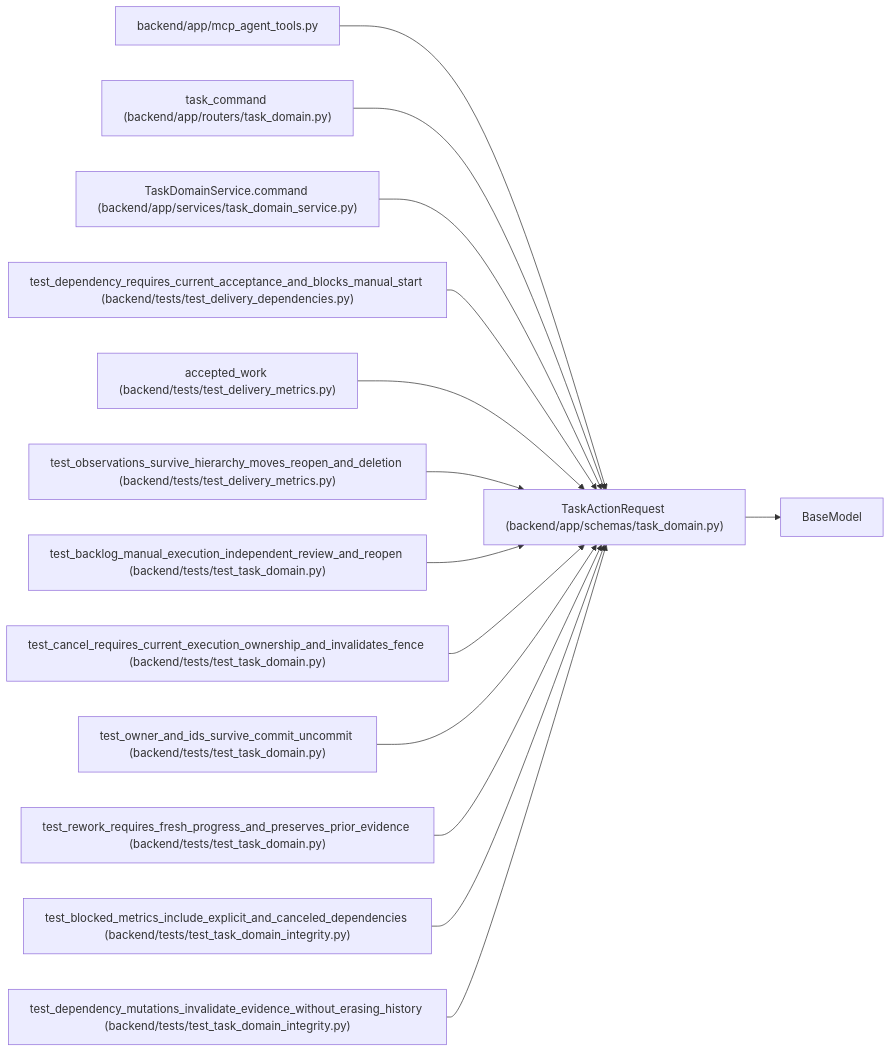
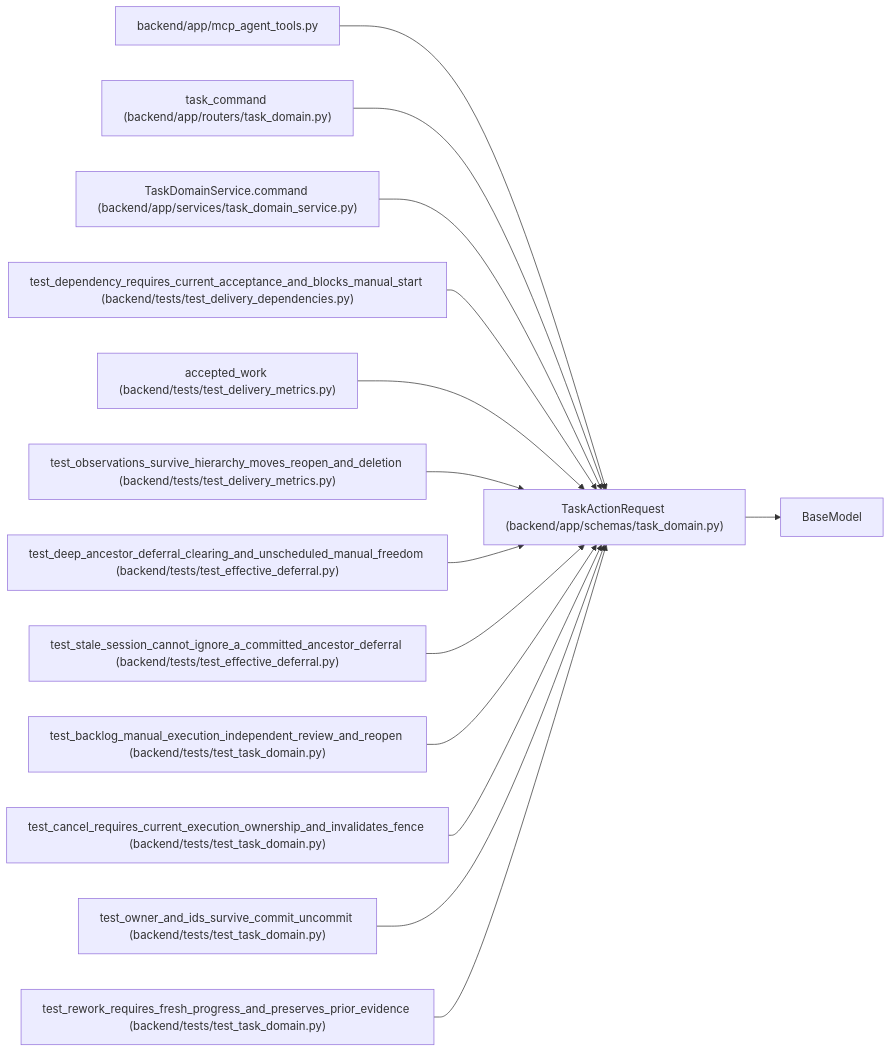
The diagram in docs/llm_wiki/entities/TaskActionRequest.md (Denissvgn/WorkChord), drawn with Mermaid before and after one commit. The commit also changed other lines of this file and 385 other files, not shown here.

````diff
--- a/docs/llm_wiki/entities/TaskActionRequest.md
+++ b/docs/llm_wiki/entities/TaskActionRequest.md
@@ -46,43 +46,43 @@
 ```mermaid
 flowchart LR
     n0["TaskActionRequest (backend/app/schemas/task_domain.py)"]
     n1["BaseModel"]
     n2["backend/app/mcp_agent_tools.py"]
     n3["task_command (backend/app/routers/task_domain.py)"]
     n4["TaskDomainService.command (backend/app/services/task_domain_service.py)"]
     n5["test_dependency_requires_current_acceptance_and_blocks_manual_start (backend/tests/test_delivery_dependencies.py)"]
     n6["accepted_work (backend/tests/test_delivery_metrics.py)"]
     n7["test_observations_survive_hierarchy_moves_reopen_and_deletion (backend/tests/test_delivery_metrics.py)"]
-    n8["test_backlog_manual_execution_independent_review_and_reopen (backend/tests/test_task_domain.py)"]
-    n9["test_cancel_requires_current_execution_ownership_and_invalidates_fence (backend/tests/test_task_domain.py)"]
-    n10["test_owner_and_ids_survive_commit_uncommit (backend/tests/test_task_domain.py)"]
-    n11["test_rework_requires_fresh_progress_and_preserves_prior_evidence (backend/tests/test_task_domain.py)"]
-    n12["test_blocked_metrics_include_explicit_and_canceled_dependencies (backend/tests/test_task_domain_integrity.py)"]
-    n13["test_dependency_mutations_invalidate_evidence_without_erasing_history (backend/tests/test_task_domain_integrity.py)"]
+    n8["test_deep_ancestor_deferral_clearing_and_unscheduled_manual_freedom (backend/tests/test_effective_deferral.py)"]
+    n9["test_stale_session_cannot_ignore_a_committed_ancestor_deferral (backend/tests/test_effective_deferral.py)"]
+    n10["test_backlog_manual_execution_independent_review_and_reopen (backend/tests/test_task_domain.py)"]
+    n11["test_cancel_requires_current_execution_ownership_and_invalidates_fence (backend/tests/test_task_domain.py)"]
+    n12["test_owner_and_ids_survive_commit_uncommit (backend/tests/test_task_domain.py)"]
+    n13["test_rework_requires_fresh_progress_and_preserves_prior_evidence (backend/tests/test_task_domain.py)"]
     n0 --> n1
     n2 --> n0
     n3 --> n0
     n4 --> n0
     n5 --> n0
     n6 --> n0
     n7 --> n0
     n8 --> n0
     n9 --> n0
     n10 --> n0
     n11 --> n0
     n12 --> n0
     n13 --> n0
     click n0 "../modules/schemas_task_domain.md"
     click n2 "../modules/mcp_agent_tools.md"
     click n3 "../modules/routers_task_domain.md"
     click n4 "../modules/task_domain_service.md"
     click n5 "../modules/test_delivery_dependencies.md"
     click n6 "../modules/test_delivery_metrics.md"
     click n7 "../modules/test_delivery_metrics.md"
-    click n8 "../modules/test_task_domain.md"
-    click n9 "../modules/test_task_domain.md"
+    click n8 "../modules/test_effective_deferral.md"
+    click n9 "../modules/test_effective_deferral.md"
     click n10 "../modules/test_task_domain.md"
     click n11 "../modules/test_task_domain.md"
-    click n12 "../modules/test_task_domain_integrity.md"
-    click n13 "../modules/test_task_domain_integrity.md"
+    click n12 "../modules/test_task_domain.md"
+    click n13 "../modules/test_task_domain.md"
 ```
````
